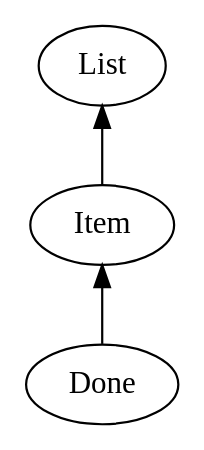
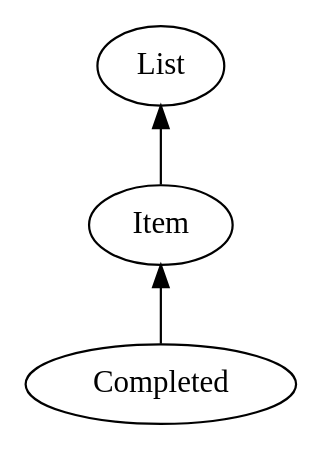
The diagram in doc/model.gv (michaellperry/sharedlist), drawn with Graphviz before and after one commit. The commit also changed 1 other file, not shown here.

```diff
--- a/doc/model.gv
+++ b/doc/model.gv
@@ -1,6 +1,6 @@
 digraph {
     rankdir=BT
 
     Item -> List
-    Done -> Item
+    Completed -> Item
 }
```
